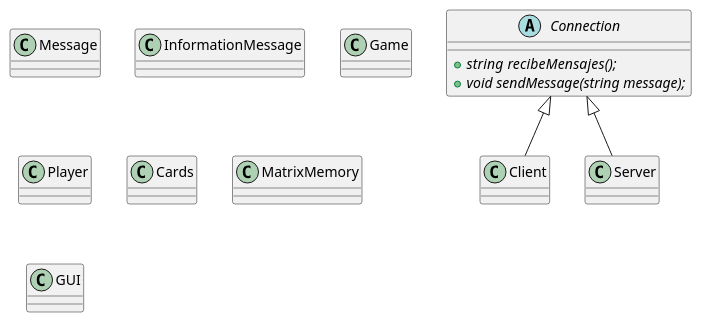
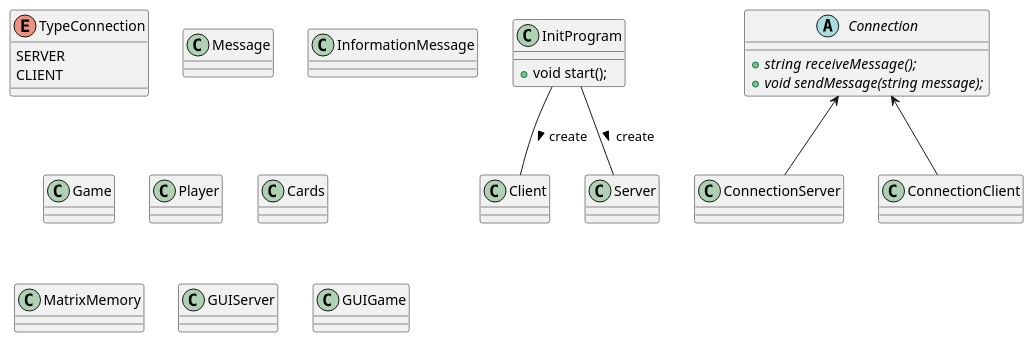
One commit to Carlos12001/tec-meg changed the diagram in object_diagram.puml. Above: the diagram before and after it, drawn with PlantUML.

Commit message:
Update design of the project.
object_diagram.puml is update.

```diff
--- a/object_diagram.puml
+++ b/object_diagram.puml
@@ -1,22 +1,42 @@
 @startuml
-abstract class Connection{
-	{abstract} + string  recibeMensajes();
-	{abstract} + void sendMessage(string message);
+class InitProgram{
+    + void start();
 }
 
 class Client
 class Server
+
+enum TypeConnection{
+    SERVER
+    CLIENT
+}
+abstract class Connection{
+	{abstract} + string  receiveMessage();
+	{abstract} + void sendMessage(string message);
+}
+
+class ConnectionServer{
+}
+class ConnectionClient{
+}
+
+
 class Message
 class InformationMessage
 
 
 class Game
 class Player
 class Cards
 class MatrixMemory
 
-class GUI
+class GUIServer
+class GUIGame
 
-Connection <|-- Client
-Connection <|-- Server
+InitProgram -- Client : > create
+InitProgram -- Server : > create
+
+Connection <-- ConnectionServer
+Connection <-- ConnectionClient
+
 @enduml
```
